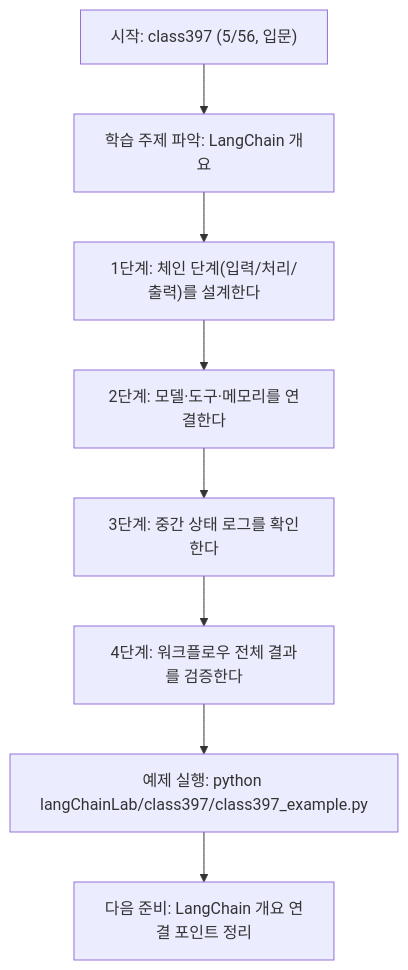
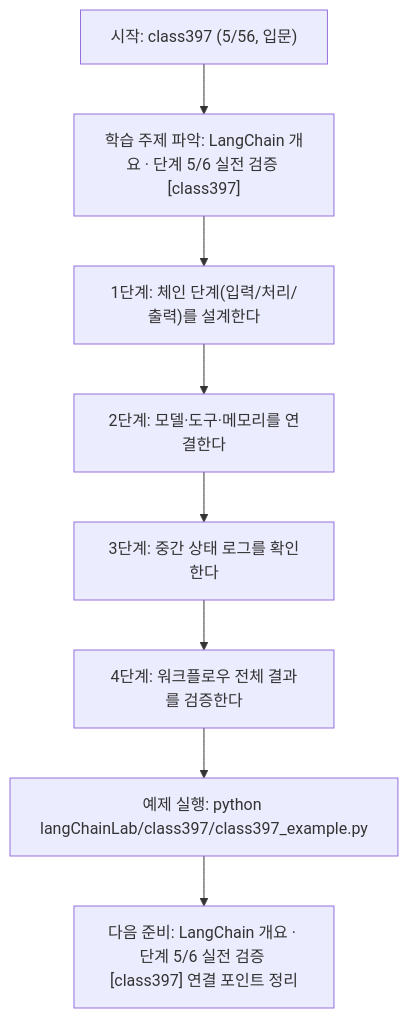
The diagram in langChainLab/class397/class397.md (edumgt/Python-AI_Agent-Class), drawn with Mermaid before and after one commit. The commit also changed other lines of this file and 522 other files, not shown here.

````diff
--- a/langChainLab/class397/class397.md
+++ b/langChainLab/class397/class397.md
@@ -108,18 +109,18 @@
 ```mermaid
 flowchart TD
 N1["시작: class397 (5/56, 입문)"]
-N2["학습 주제 파악: LangChain 개요"]
+N2["학습 주제 파악: LangChain 개요 · 단계 5/6 실전 검증 [class397]"]
 N3["1단계: 체인 단계(입력/처리/출력)를 설계한다"]
 N4["2단계: 모델·도구·메모리를 연결한다"]
 N5["3단계: 중간 상태 로그를 확인한다"]
 N6["4단계: 워크플로우 전체 결과를 검증한다"]
 N7["예제 실행: python langChainLab/class397/class397_example.py"]
-N8["다음 준비: LangChain 개요 연결 포인트 정리"]
+N8["다음 준비: LangChain 개요 · 단계 5/6 실전 검증 [class397] 연결 포인트 정리"]
 N1 --> N2
 N2 --> N3
 N3 --> N4
 N4 --> N5
 N5 --> N6
 N6 --> N7
 N7 --> N8
 ```
````
